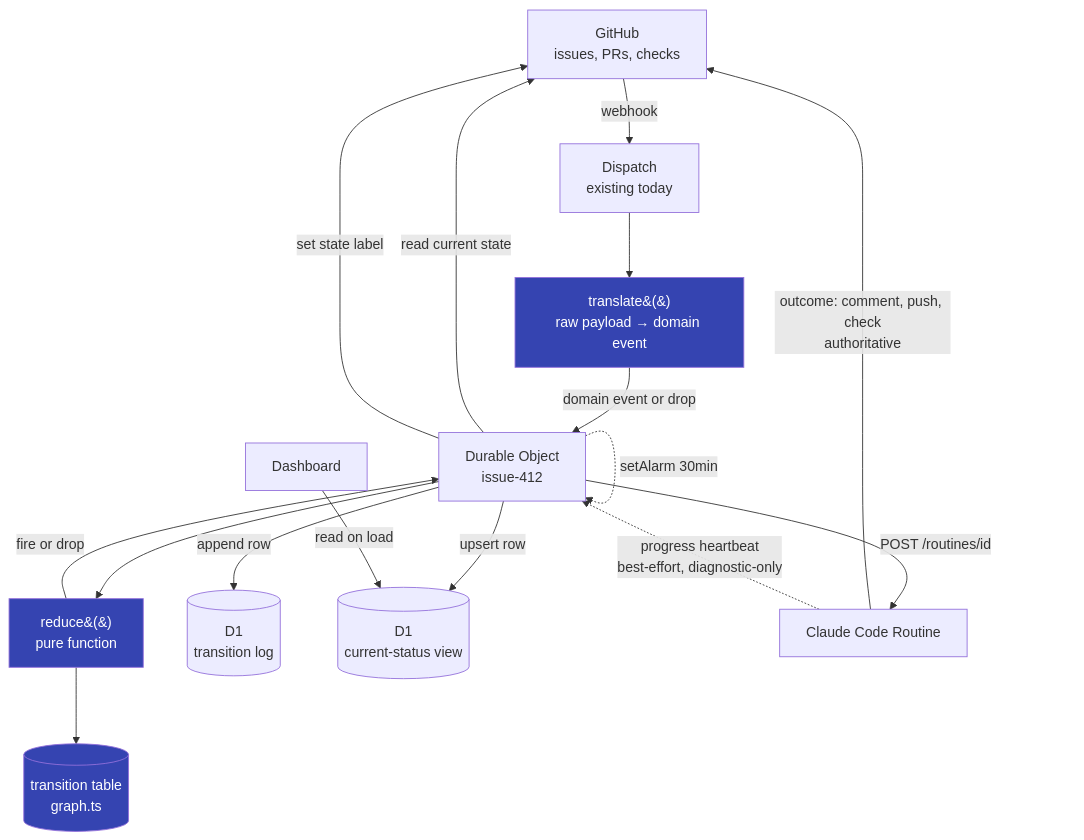
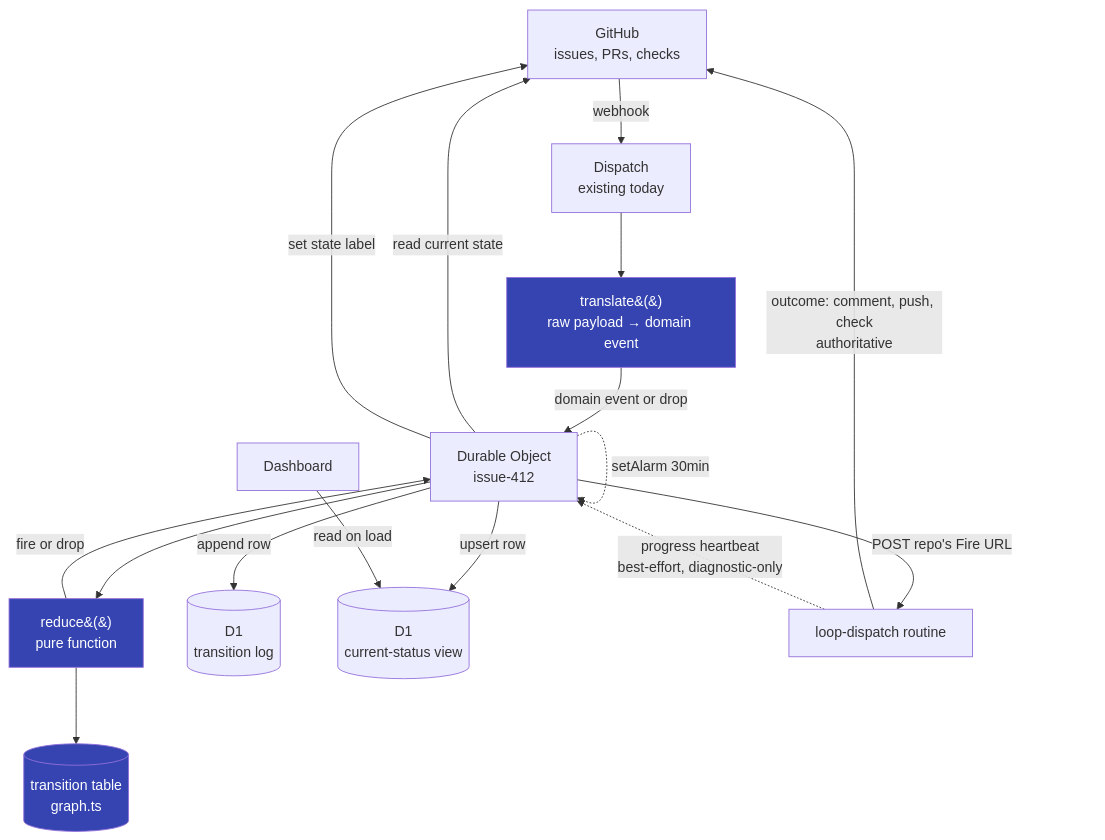
One commit to hifi-phil/umbraco-mcp-ops changed the diagram in docs/agent-orchestration/04-architecture.md. Above: the diagram before and after it, drawn with Mermaid. The commit also changed 22 other files, not shown here.

````diff
--- a/docs/agent-orchestration/04-architecture.md
+++ b/docs/agent-orchestration/04-architecture.md
@@ -7,26 +7,26 @@
 ```mermaid
 flowchart TD
     GH[GitHub<br/>issues, PRs, checks] -->|webhook| W[Dispatch<br/>existing today]
     W --> X[translate&#40;&#41;<br/>raw payload → domain event]
     X -->|domain event or drop| DO[Durable Object<br/>issue-412]
 
     DO -->|read current state| GH
     DO --> R[reduce&#40;&#41;<br/>pure function]
     R --> T[(transition table<br/>graph.ts)]
     R -->|fire or drop| DO
 
     DO -->|set state label| GH
     DO -->|append row| D1[(D1<br/>transition log)]
     DO -->|upsert row| CS[(D1<br/>current-status view)]
-    DO -->|POST /routines/id| CR[Claude Code Routine]
+    DO -->|POST repo's Fire URL| CR[loop-dispatch routine]
     DO -.->|setAlarm 30min| DO
 
     CR -->|outcome: comment, push, check<br/>authoritative| GH
     CR -.->|progress heartbeat<br/>best-effort, diagnostic-only| DO
 
     DASH[Dashboard] -->|read on load| CS
 
     style R fill:#3544B1,color:#fff
     style T fill:#3544B1,color:#fff
     style X fill:#3544B1,color:#fff
 ```
````
